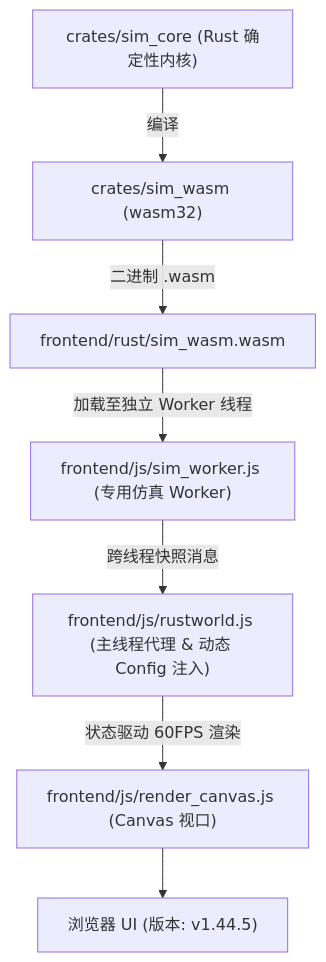
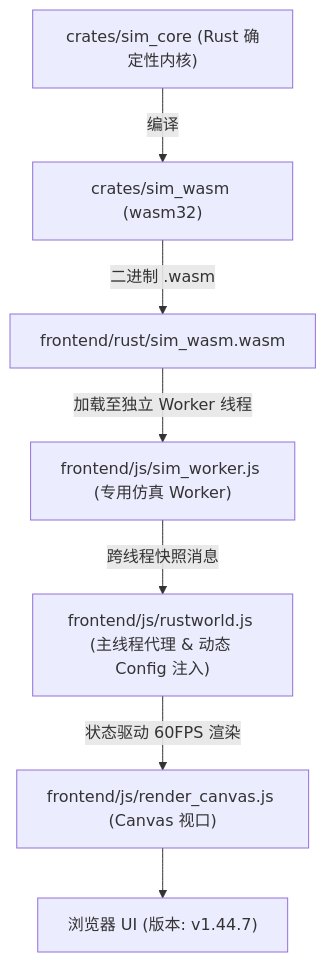
Before and after one commit to g39088902/FlowAndAccord: the diagram in AGENTS.md, drawn with Mermaid. The commit also changed other lines of this file and 32 other files, not shown here.

````diff
--- a/AGENTS.md
+++ b/AGENTS.md
@@ -53,9 +53,9 @@
 ```mermaid
 graph TD
     A["crates/sim_core (Rust 确定性内核)"] -->|编译| B["crates/sim_wasm (wasm32)"]
     B -->|二进制 .wasm| C["frontend/rust/sim_wasm.wasm"]
     C -->|加载至独立 Worker 线程| D["frontend/js/sim_worker.js (专用仿真 Worker)"]
     D -->|跨线程快照消息| E["frontend/js/rustworld.js (主线程代理 & 动态 Config 注入)"]
     E -->|状态驱动 60FPS 渲染| F["frontend/js/render_canvas.js (Canvas 视口)"]
-    F --> G["浏览器 UI (版本: v1.44.5)"]
+    F --> G["浏览器 UI (版本: v1.44.7)"]
 ```
````
